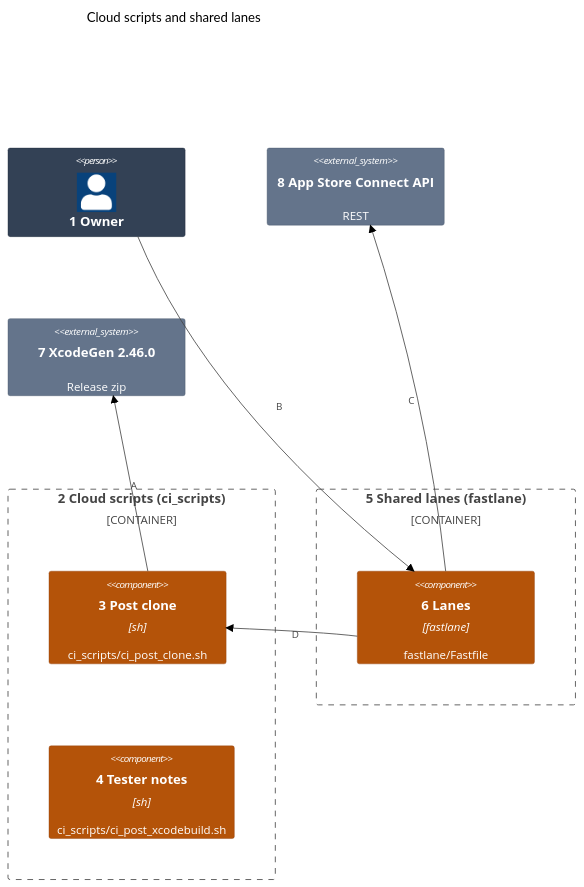
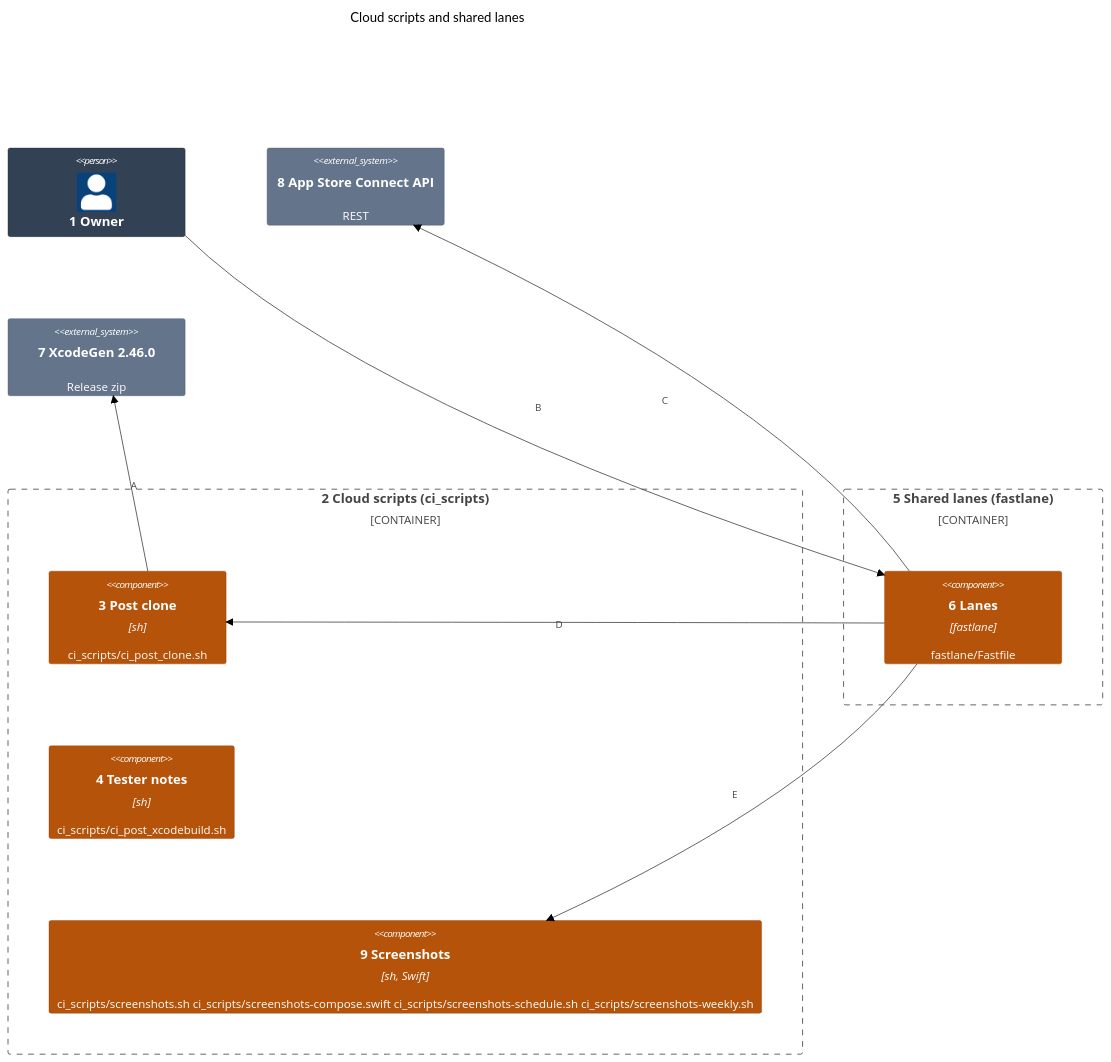
Before and after one commit to may-journal/xcode-tooling: the first of 2 diagrams in docs/architecture/03-components.md, drawn with Mermaid (forest theme). The commit also changed other lines of this file and 11 other files, not shown here.

````diff
--- a/docs/architecture/03-components.md
+++ b/docs/architecture/03-components.md
@@ -3,29 +3,32 @@
 ```mermaid
 C4Component
     title Cloud scripts and shared lanes
 
     Person(owner, "1 Owner")
     System_Ext(asc, "8 App Store Connect API", "REST")
     System_Ext(xcodegen, "7 XcodeGen 2.46.0", "Release zip")
 
     Container_Boundary(scripts, "2 Cloud scripts (ci_scripts)") {
         Component(clone, "3 Post clone", "sh", "ci_scripts/ci_post_clone.sh")
         Component(notes, "4 Tester notes", "sh", "ci_scripts/ci_post_xcodebuild.sh")
+        Component(shots, "9 Screenshots", "sh, Swift", "ci_scripts/screenshots.sh ci_scripts/screenshots-compose.swift ci_scripts/screenshots-schedule.sh ci_scripts/screenshots-weekly.sh")
     }
 
     Container_Boundary(lanes, "5 Shared lanes (fastlane)") {
         Component(fastfile, "6 Lanes", "fastlane", "fastlane/Fastfile")
     }
 
     Rel(clone, xcodegen, "A")
     Rel(owner, fastfile, "B")
     Rel(fastfile, asc, "C")
     Rel(fastfile, clone, "D")
+    Rel(fastfile, shots, "E")
 
     UpdateElementStyle(owner, $bgColor="#334155", $borderColor="#1e293b", $fontColor="#ffffff")
     UpdateElementStyle(clone, $bgColor="#b45309", $borderColor="#92400e", $fontColor="#ffffff")
     UpdateElementStyle(notes, $bgColor="#b45309", $borderColor="#92400e", $fontColor="#ffffff")
+    UpdateElementStyle(shots, $bgColor="#b45309", $borderColor="#92400e", $fontColor="#ffffff")
     UpdateElementStyle(fastfile, $bgColor="#b45309", $borderColor="#92400e", $fontColor="#ffffff")
     UpdateElementStyle(xcodegen, $bgColor="#64748b", $borderColor="#475569", $fontColor="#ffffff")
     UpdateElementStyle(asc, $bgColor="#64748b", $borderColor="#475569", $fontColor="#ffffff")
 ```
````
